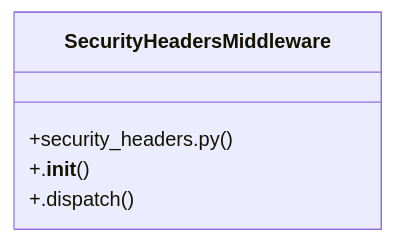
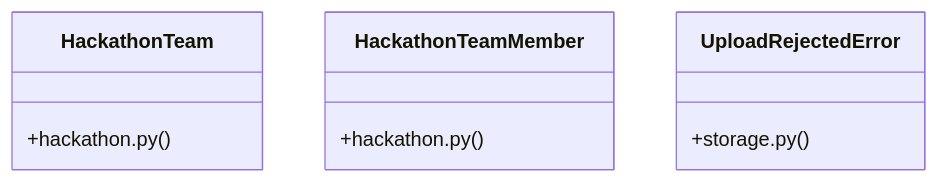
One commit to adjanayo/synca_conf_back changed the diagram in graphify-out/wiki/[send_email()_&_make_ticket()]_Cluster.md. Above: the diagram before and after it, drawn with Mermaid. The commit also changed other lines of this file and 89 other files, not shown here.

````diff
--- a/graphify-out/wiki/[send_email()_&_make_ticket()]_Cluster.md
+++ b/graphify-out/wiki/[send_email()_&_make_ticket()]_Cluster.md
@@ -36,8 +36,12 @@
 ```mermaid
 classDiagram
-    class SecurityHeadersMiddleware {
-        +security_headers.py()
-        +.__init__()
-        +.dispatch()
+    class HackathonTeam {
+        +hackathon.py()
+    }
+    class HackathonTeamMember {
+        +hackathon.py()
+    }
+    class UploadRejectedError {
+        +storage.py()
     }
 ```
````
